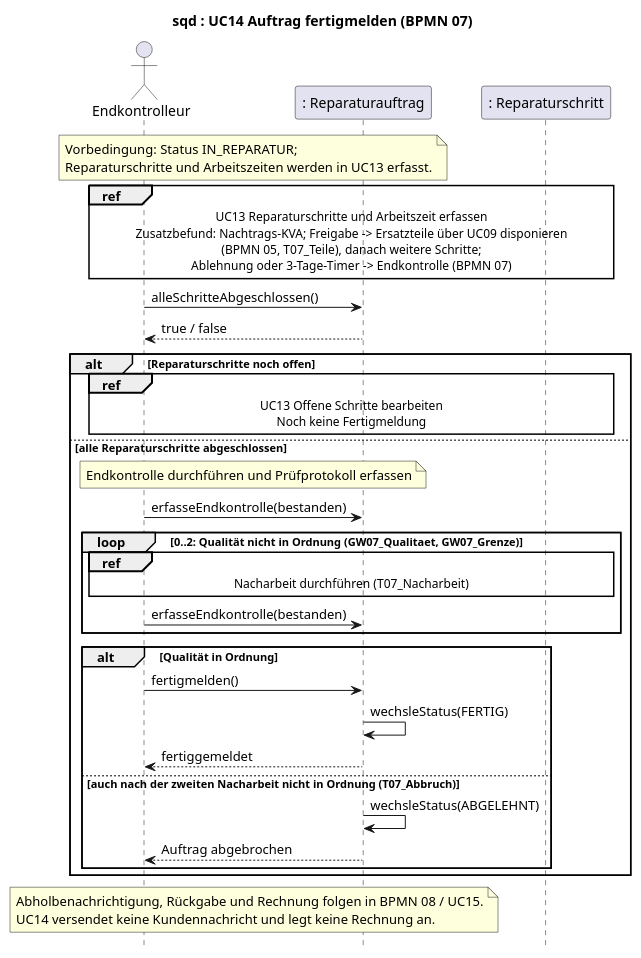
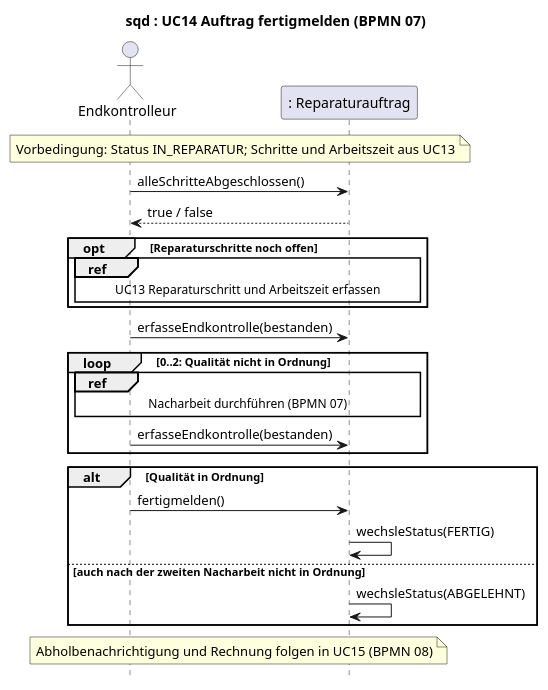
One commit to jakobschwan123-cmd/casestudy-semester-3 changed the diagram in 2_uml/entwurf-plantuml/sequenz-04-fertigmeldung.puml. Above: the diagram before and after it, drawn with PlantUML. The commit also changed 14 other files, not shown here.

First line of the commit message:
[T05 2026-10-15] refactor: cut sequence diagrams down to the core flow (E-28)

```diff
--- a/2_uml/entwurf-plantuml/sequenz-04-fertigmeldung.puml
+++ b/2_uml/entwurf-plantuml/sequenz-04-fertigmeldung.puml
@@ -1,37 +1,30 @@
 @startuml
-' BPMN: p07-reparaturdurchfuehrung.bpmn
-' BPMN-Nodes: T07_Status T07_Start T07_Doku GW07_Weitere T07_Nachtrag T07_NachtragSenden E07_Entscheidung E07_Timer GW07_Nachtrag T07_Teile T07_Endkontrolle GW07_Qualitaet GW07_Grenze T07_Nacharbeit T07_Abbruch T07_Fertig
+' BPMN: p07-reparaturdurchfuehrung.bpmn. Kernablauf: Endkontrolle, höchstens zwei Nacharbeiten (E-22), fertigmelden oder abbrechen.
 title sqd : UC14 Auftrag fertigmelden (BPMN 07)
 skinparam defaultFontName Arial
 skinparam sequenceMessageAlign left
-skinparam maxMessageSize 160
+skinparam maxMessageSize 170
 hide footbox
 
-actor Endkontrolleur as Techniker
+actor Endkontrolleur as E
 participant ": Reparaturauftrag" as RA
-participant ": Reparaturschritt" as RS
 
-note over Techniker, RA : Vorbedingung: Status IN_REPARATUR;\nReparaturschritte und Arbeitszeiten werden in UC13 erfasst.
-ref over Techniker, RA, RS : UC13 Reparaturschritte und Arbeitszeit erfassen\nZusatzbefund: Nachtrags-KVA; Freigabe -> Ersatzteile über UC09 disponieren\n(BPMN 05, T07_Teile), danach weitere Schritte;\nAblehnung oder 3-Tage-Timer -> Endkontrolle (BPMN 07)
-Techniker -> RA : alleSchritteAbgeschlossen()
-RA --> Techniker : true / false
-alt Reparaturschritte noch offen
-    ref over Techniker, RA, RS : UC13 Offene Schritte bearbeiten\nNoch keine Fertigmeldung
-else alle Reparaturschritte abgeschlossen
-    note over Techniker, RA : Endkontrolle durchführen und Prüfprotokoll erfassen
-    Techniker -> RA : erfasseEndkontrolle(bestanden)
-    loop 0..2: Qualität nicht in Ordnung (GW07_Qualitaet, GW07_Grenze)
-        ref over Techniker, RA, RS : Nacharbeit durchführen (T07_Nacharbeit)
-        Techniker -> RA : erfasseEndkontrolle(bestanden)
-    end
-    alt Qualität in Ordnung
-        Techniker -> RA : fertigmelden()
-        RA -> RA : wechsleStatus(FERTIG)
-        RA --> Techniker : fertiggemeldet
-    else auch nach der zweiten Nacharbeit nicht in Ordnung (T07_Abbruch)
-        RA -> RA : wechsleStatus(ABGELEHNT)
-        RA --> Techniker : Auftrag abgebrochen
-    end
+note over E, RA : Vorbedingung: Status IN_REPARATUR; Schritte und Arbeitszeit aus UC13
+E -> RA : alleSchritteAbgeschlossen()
+RA --> E : true / false
+opt Reparaturschritte noch offen
+    ref over E, RA : UC13 Reparaturschritt und Arbeitszeit erfassen
 end
-note over Techniker, RA : Abholbenachrichtigung, Rückgabe und Rechnung folgen in BPMN 08 / UC15.\nUC14 versendet keine Kundennachricht und legt keine Rechnung an.
+E -> RA : erfasseEndkontrolle(bestanden)
+loop 0..2: Qualität nicht in Ordnung
+    ref over E, RA : Nacharbeit durchführen (BPMN 07)
+    E -> RA : erfasseEndkontrolle(bestanden)
+end
+alt Qualität in Ordnung
+    E -> RA : fertigmelden()
+    RA -> RA : wechsleStatus(FERTIG)
+else auch nach der zweiten Nacharbeit nicht in Ordnung
+    RA -> RA : wechsleStatus(ABGELEHNT)
+end
+note over E, RA : Abholbenachrichtigung und Rechnung folgen in UC15 (BPMN 08)
 @enduml
```
